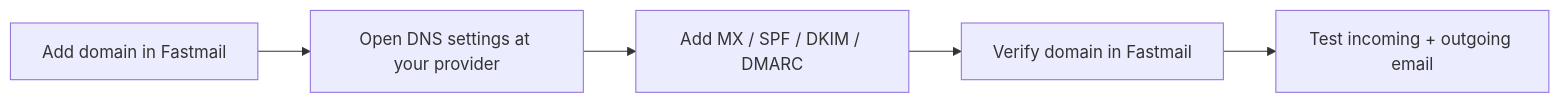
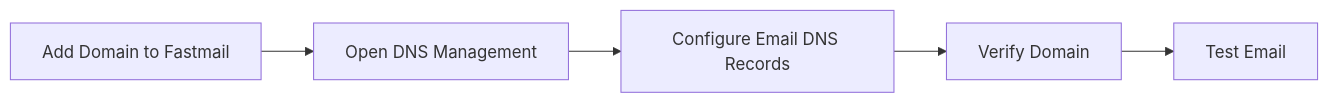
The diagram in dns/01-how-to-connect-fastmail-to-a-domain.md (yohanistadese/developer-handbook), drawn with Mermaid before and after one commit. The commit also changed other lines of this file, not shown here.

Commit message:
improve Fastmail custom domain setup guide

````diff
--- a/dns/01-how-to-connect-fastmail-to-a-domain.md
+++ b/dns/01-how-to-connect-fastmail-to-a-domain.md
@@ -7,7 +11,7 @@
 ```mermaid
 flowchart LR
-    A[Add domain in Fastmail] --> B[Open DNS settings at your provider]
-    B --> C[Add MX / SPF / DKIM / DMARC]
-    C --> D[Verify domain in Fastmail]
-    D --> E[Test incoming + outgoing email]
+    A[Add Domain to Fastmail] --> B[Open DNS Management]
+    B --> C[Configure Email DNS Records]
+    C --> D[Verify Domain]
+    D --> E[Test Email]
 ```
````
